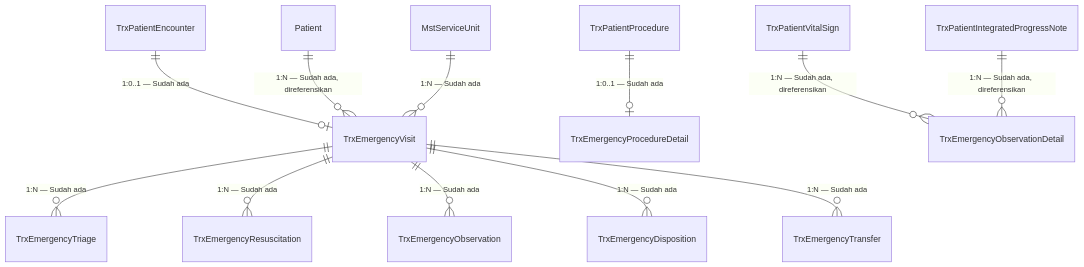
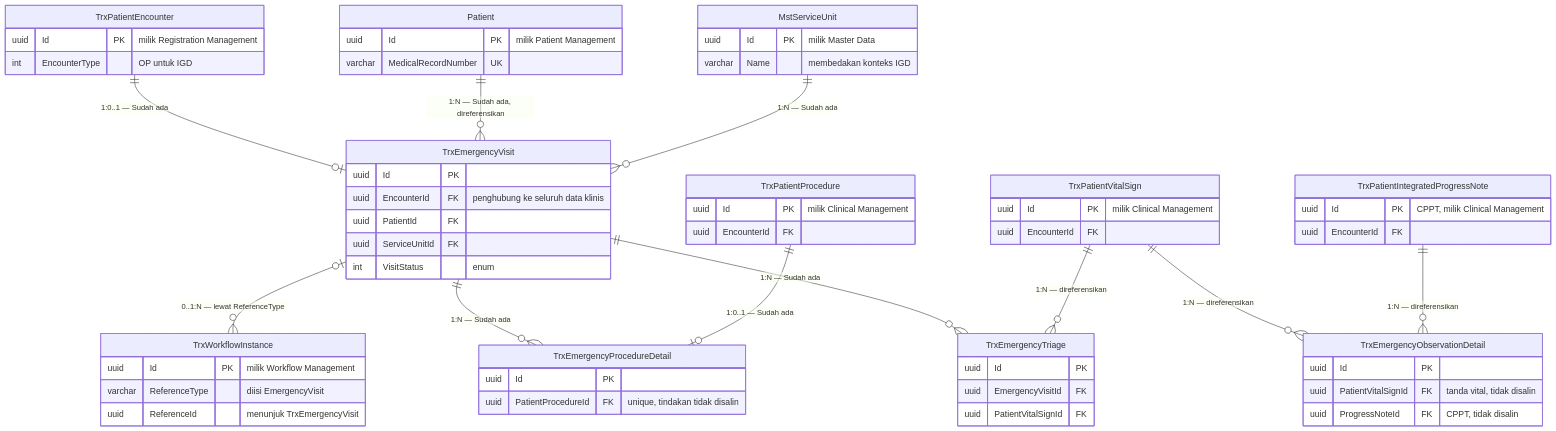
The diagram in docs/module-blueprints/igd/erd/00-context-erd.md (DevBenari/NewQuilvianSystemBackend), drawn with Mermaid before and after one commit. The commit also changed other lines of this file and 5 other files, not shown here.

Commit message:
feat(erd): Enhance ERD and data dictionary documentation with DDL schema and audit columns

````diff
--- a/docs/module-blueprints/igd/erd/00-context-erd.md
+++ b/docs/module-blueprints/igd/erd/00-context-erd.md
@@ -12,14 +16,63 @@
 ```mermaid
 erDiagram
+    TrxPatientEncounter {
+        uuid Id PK "milik Registration Management"
+        int EncounterType "OP untuk IGD"
+    }
+    Patient {
+        uuid Id PK "milik Patient Management"
+        varchar MedicalRecordNumber UK
+    }
+    MstServiceUnit {
+        uuid Id PK "milik Master Data"
+        varchar Name "membedakan konteks IGD"
+    }
+    TrxEmergencyVisit {
+        uuid Id PK
+        uuid EncounterId FK "penghubung ke seluruh data klinis"
+        uuid PatientId FK
+        uuid ServiceUnitId FK
+        int VisitStatus "enum"
+    }
+    TrxEmergencyTriage {
+        uuid Id PK
+        uuid EmergencyVisitId FK
+        uuid PatientVitalSignId FK
+    }
+    TrxEmergencyObservationDetail {
+        uuid Id PK
+        uuid PatientVitalSignId FK "tanda vital, tidak disalin"
+        uuid ProgressNoteId FK "CPPT, tidak disalin"
+    }
+    TrxEmergencyProcedureDetail {
+        uuid Id PK
+        uuid PatientProcedureId FK "unique, tindakan tidak disalin"
+    }
+    TrxPatientProcedure {
+        uuid Id PK "milik Clinical Management"
+        uuid EncounterId FK
+    }
+    TrxPatientVitalSign {
+        uuid Id PK "milik Clinical Management"
+        uuid EncounterId FK
+    }
+    TrxPatientIntegratedProgressNote {
+        uuid Id PK "CPPT, milik Clinical Management"
+        uuid EncounterId FK
+    }
+    TrxWorkflowInstance {
+        uuid Id PK "milik Workflow Management"
+        varchar ReferenceType "diisi EmergencyVisit"
+        uuid ReferenceId "menunjuk TrxEmergencyVisit"
+    }
     TrxPatientEncounter ||--o| TrxEmergencyVisit : "1:0..1 — Sudah ada"
     Patient ||--o{ TrxEmergencyVisit : "1:N — Sudah ada, direferensikan"
     MstServiceUnit ||--o{ TrxEmergencyVisit : "1:N — Sudah ada"
     TrxEmergencyVisit ||--o{ TrxEmergencyTriage : "1:N — Sudah ada"
-    TrxEmergencyVisit ||--o{ TrxEmergencyResuscitation : "1:N — Sudah ada"
-    TrxEmergencyVisit ||--o{ TrxEmergencyObservation : "1:N — Sudah ada"
-    TrxEmergencyVisit ||--o{ TrxEmergencyDisposition : "1:N — Sudah ada"
-    TrxEmergencyVisit ||--o{ TrxEmergencyTransfer : "1:N — Sudah ada"
+    TrxEmergencyVisit ||--o{ TrxEmergencyProcedureDetail : "1:N — Sudah ada"
     TrxPatientProcedure ||--o| TrxEmergencyProcedureDetail : "1:0..1 — Sudah ada"
-    TrxPatientVitalSign ||--o{ TrxEmergencyObservationDetail : "1:N — Sudah ada, direferensikan"
-    TrxPatientIntegratedProgressNote ||--o{ TrxEmergencyObservationDetail : "1:N — Sudah ada, direferensikan"
+    TrxPatientVitalSign ||--o{ TrxEmergencyTriage : "1:N — direferensikan"
+    TrxPatientVitalSign ||--o{ TrxEmergencyObservationDetail : "1:N — direferensikan"
+    TrxPatientIntegratedProgressNote ||--o{ TrxEmergencyObservationDetail : "1:N — direferensikan"
+    TrxEmergencyVisit |o--o{ TrxWorkflowInstance : "0..1:N — lewat ReferenceType"
 ```
````
